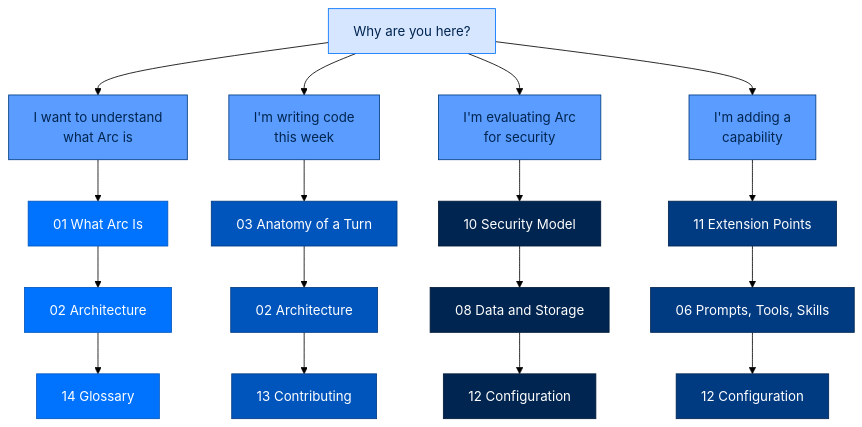
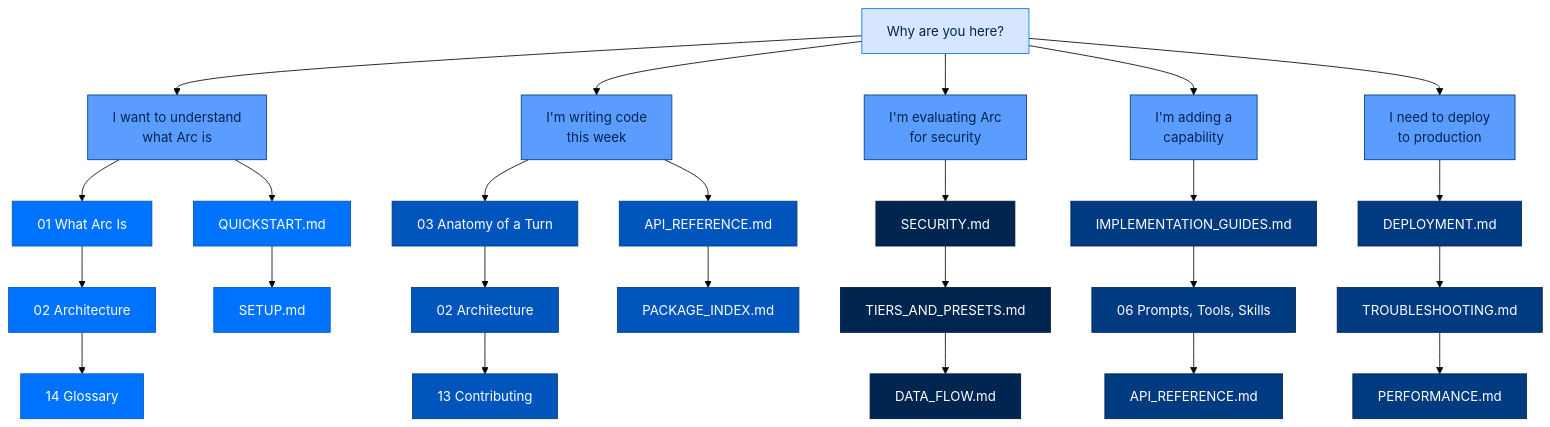
One commit to joshuamschultz/Arc changed the diagram in docs/README.md. Above: the diagram before and after it, drawn with Mermaid (forest theme). The commit also changed other lines of this file and 86 other files, not shown here.

````diff
--- a/docs/README.md
+++ b/docs/README.md
@@ -25,28 +138,33 @@
 ```mermaid
 flowchart TB
     classDef entry   fill:#D6E6FF,stroke:#0073FE,color:#002550
     classDef surface fill:#5A9CFF,stroke:#003B82,color:#002550
     classDef agent   fill:#0073FE,stroke:#0055BC,color:#FFFFFF
     classDef runtime fill:#0055BC,stroke:#003B82,color:#FFFFFF
     classDef llm     fill:#003B82,stroke:#002550,color:#FFFFFF
     classDef found   fill:#002550,stroke:#001A38,color:#FFFFFF
 
     START["Why are you here?"]
 
     START --> A["I want to understand<br/>what Arc is"]
     START --> B["I'm writing code<br/>this week"]
     START --> C["I'm evaluating Arc<br/>for security"]
     START --> D["I'm adding a<br/>capability"]
+    START --> E["I need to deploy<br/>to production"]
 
     A --> A1["01 What Arc Is"] --> A2["02 Architecture"] --> A3["14 Glossary"]
+    A --> A4["QUICKSTART.md"] --> A5["SETUP.md"]
     B --> B1["03 Anatomy of a Turn"] --> B2["02 Architecture"] --> B3["13 Contributing"]
-    C --> C1["10 Security Model"] --> C2["08 Data and Storage"] --> C3["12 Configuration"]
-    D --> D1["11 Extension Points"] --> D2["06 Prompts, Tools, Skills"] --> D3["12 Configuration"]
+    B --> B4["API_REFERENCE.md"] --> B5["PACKAGE_INDEX.md"]
+    C --> C1["SECURITY.md"] --> C2["TIERS_AND_PRESETS.md"] --> C3["DATA_FLOW.md"]
+    D --> D1["IMPLEMENTATION_GUIDES.md"] --> D2["06 Prompts, Tools, Skills"] --> D3["API_REFERENCE.md"]
+    E --> E1["DEPLOYMENT.md"] --> E2["TROUBLESHOOTING.md"] --> E3["PERFORMANCE.md"]
 
     class START entry
-    class A,B,C,D surface
-    class A1,A2,A3 agent
-    class B1,B2,B3 runtime
+    class A,B,C,D,E surface
+    class A1,A2,A3,A4,A5 agent
+    class B1,B2,B3,B4,B5 runtime
     class C1,C2,C3 found
     class D1,D2,D3 llm
+    class E1,E2,E3 llm
 ```
````
